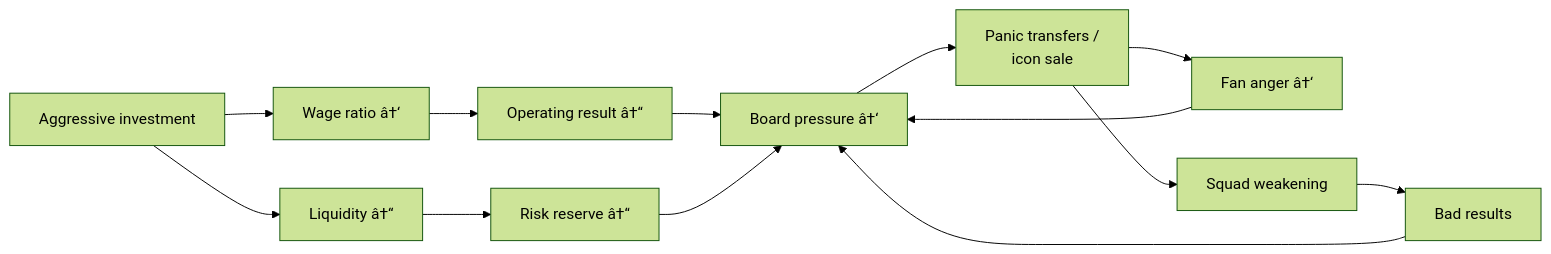
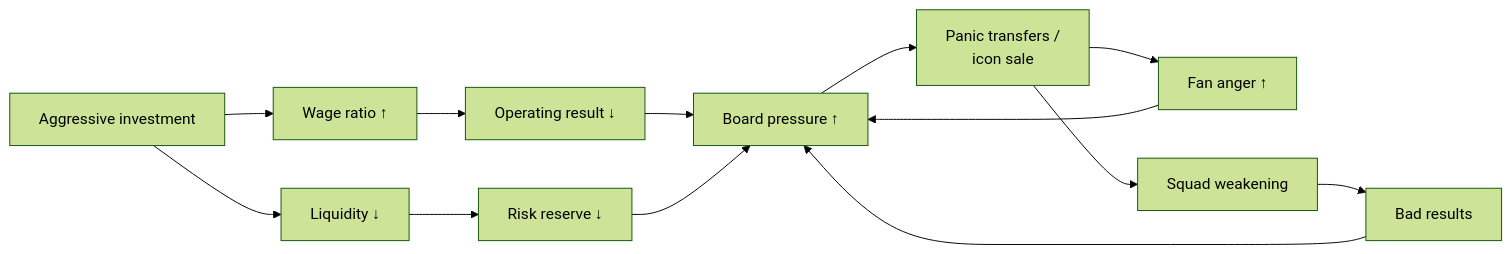
Before and after one commit to EtroxTaran/klubhaus-elf: the fifth of 5 diagrams in docs/50-Game-Design/system-interplay.md, drawn with Mermaid (forest theme). The commit also changed other lines of this file and 120 other files, not shown here.

````diff
--- a/docs/50-Game-Design/system-interplay.md
+++ b/docs/50-Game-Design/system-interplay.md
@@ -107,15 +107,15 @@
 ```mermaid
 flowchart LR
-    Invest["Aggressive investment"] --> Liquidity["Liquidity â†“"]
-    Liquidity --> Risk["Risk reserve â†“"]
-    Invest --> Wage["Wage ratio â†‘"]
-    Wage --> Operating["Operating result â†“"]
-    Operating --> Pressure["Board pressure â†‘"]
+    Invest["Aggressive investment"] --> Liquidity["Liquidity ↓"]
+    Liquidity --> Risk["Risk reserve ↓"]
+    Invest --> Wage["Wage ratio ↑"]
+    Wage --> Operating["Operating result ↓"]
+    Operating --> Pressure["Board pressure ↑"]
     Risk --> Pressure
     Pressure --> Panic["Panic transfers /<br/>icon sale"]
-    Panic --> Fans["Fan anger â†‘"]
+    Panic --> Fans["Fan anger ↑"]
     Panic --> Squad["Squad weakening"]
     Squad --> Sport["Bad results"]
     Sport --> Pressure
     Fans --> Pressure
 ```
````
